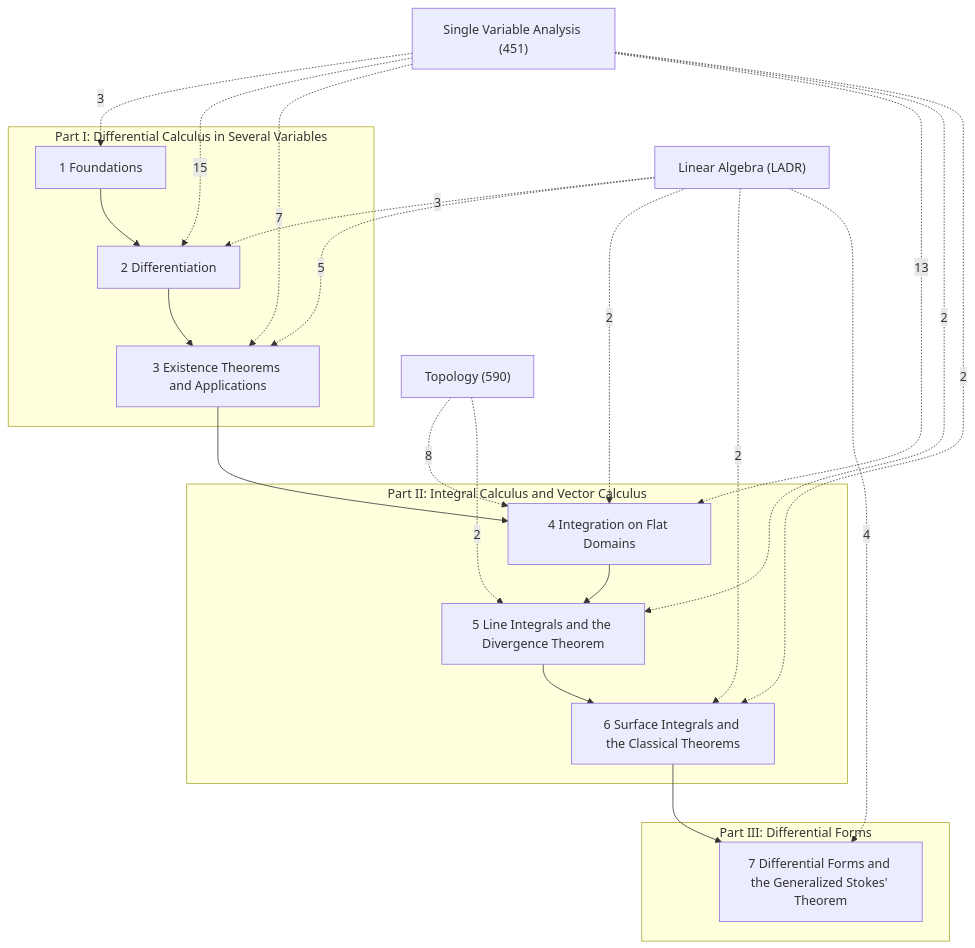
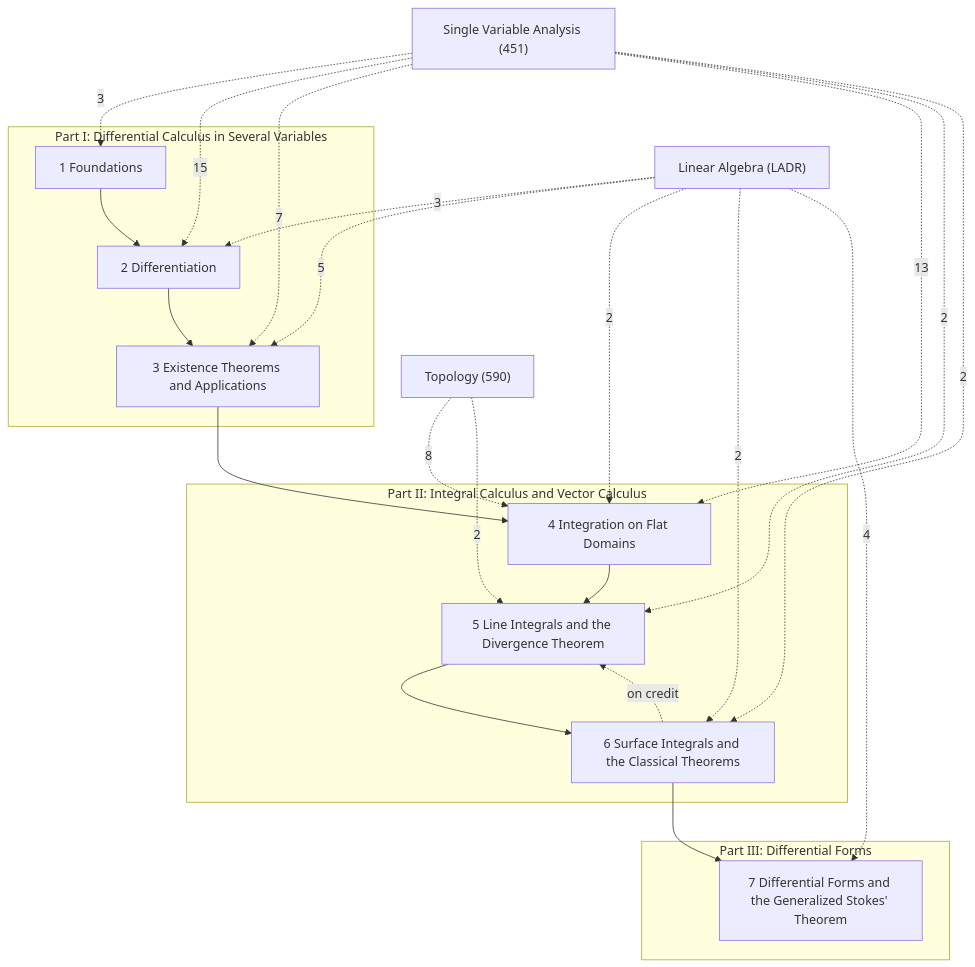
One commit to Onion20040508/notes changed the diagram in Math/Multivariable Analysis/Multivariable Analysis.md. Above: the diagram before and after it, drawn with Mermaid. The commit also changed other lines of this file and 237 other files, not shown here.

````diff
--- a/Math/Multivariable Analysis/Multivariable Analysis.md
+++ b/Math/Multivariable Analysis/Multivariable Analysis.md
@@ -21,38 +21,39 @@
 ```mermaid
 graph TD
   subgraph P1["Part I: Differential Calculus in Several Variables"]
     C1["1 Foundations"]
     C2["2 Differentiation"]
     C3["3 Existence Theorems and Applications"]
   end
   subgraph P2["Part II: Integral Calculus and Vector Calculus"]
     C4["4 Integration on Flat Domains"]
     C5["5 Line Integrals and the Divergence Theorem"]
     C6["6 Surface Integrals and the Classical Theorems"]
   end
   subgraph P3["Part III: Differential Forms"]
     C7["7 Differential Forms and the Generalized Stokes' Theorem"]
   end
   X1["Single Variable Analysis (451)"]
   X2["Linear Algebra (LADR)"]
   X3["Topology (590)"]
   C1 --> C2
   C2 --> C3
   C3 --> C4
   C4 --> C5
   C5 --> C6
   C6 --> C7
+  C6 -.->|on credit| C5
   X2 -.->|3| C2
   X2 -.->|5| C3
   X2 -.->|2| C4
   X2 -.->|2| C6
   X2 -.->|4| C7
   X1 -.->|3| C1
   X1 -.->|15| C2
   X1 -.->|7| C3
   X1 -.->|13| C4
   X1 -.->|2| C5
   X1 -.->|2| C6
   X3 -.->|8| C4
   X3 -.->|2| C5
 ```
````
